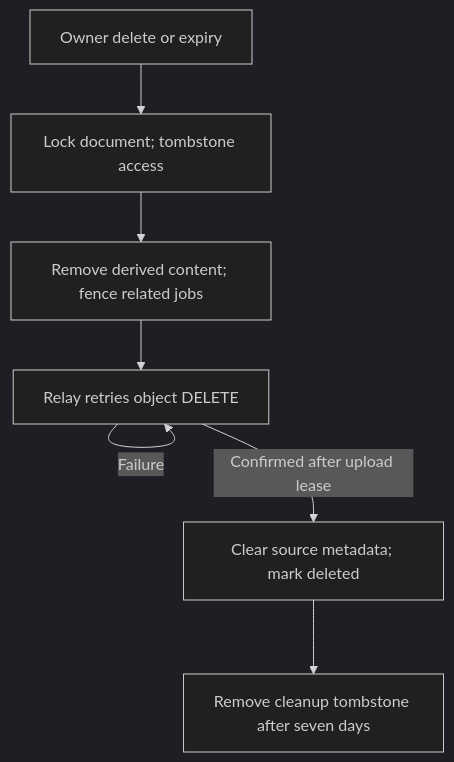
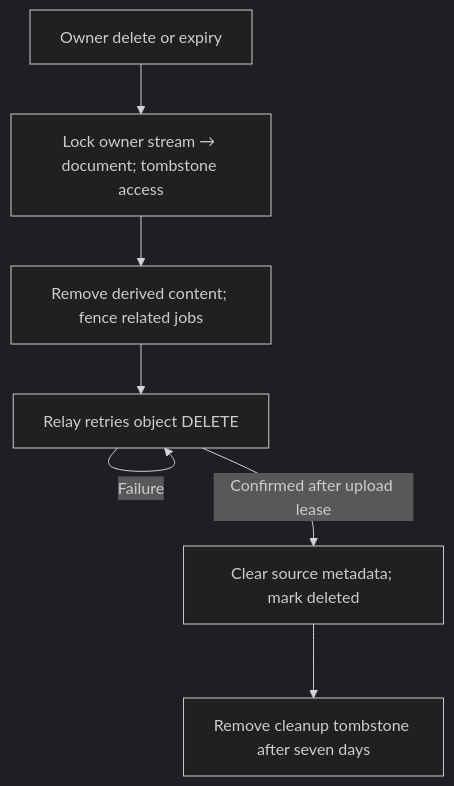
The diagram in docs/assets/document-deletion.mmd (junrillg/resume-match-bedrock), drawn with Mermaid (dark theme) before and after one commit. The commit also changed 55 other files, not shown here.

```diff
--- a/docs/assets/document-deletion.mmd
+++ b/docs/assets/document-deletion.mmd
@@ -1,7 +1,11 @@
 flowchart TB
-  A[Owner delete or expiry] --> B[Lock document; tombstone access]
+  accTitle: Source deletion and cleanup
+  accDescr: Owner-stream and document locks fence access and related work before retried physical deletion and eventual tombstone removal.
+  accTitle: Source deletion and cleanup
+  accDescr: Owner-stream and document locks fence access and related work before retried physical deletion and eventual tombstone removal.
+  A[Owner delete or expiry] --> B[Lock owner stream → document; tombstone access]
   B --> C[Remove derived content; fence related jobs]
   C --> D[Relay retries object DELETE]
   D -->|Failure| D
   D -->|Confirmed after upload lease| E[Clear source metadata; mark deleted]
   E --> F[Remove cleanup tombstone after seven days]
```
